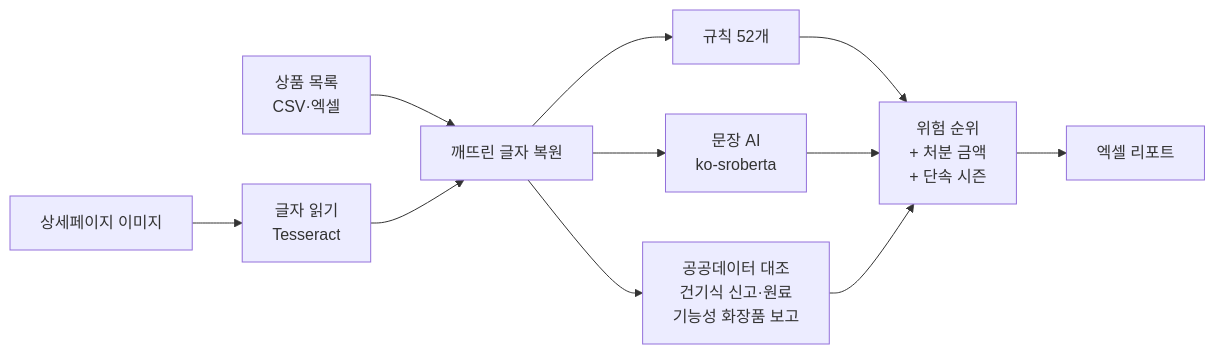
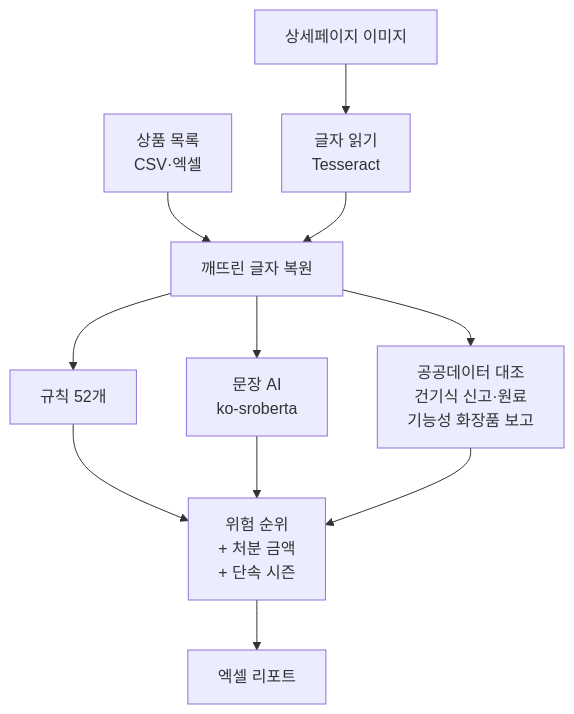
Before and after one commit to ojg1476-tech/precheck-ai: the first of 2 diagrams in README.md, drawn with Mermaid.

Commit message:
README: 동작 흐름도를 세로로 바꿔 글씨가 잘 보이게
Claude-Session: https://claude.ai/code/session_0146U5qdRW8J5b7CVd7knj7K

````diff
--- a/README.md
+++ b/README.md
@@ -153,12 +153,12 @@
 ```mermaid
-flowchart LR
+flowchart TD
     A["상품 목록<br/>CSV·엑셀"] --> C
     B["상세페이지 이미지"] --> OCR["글자 읽기<br/>Tesseract"] --> C
     C["깨뜨린 글자 복원"] --> R["규칙 52개"]
     C --> AI["문장 AI<br/>ko-sroberta"]
     C --> P["공공데이터 대조<br/>건기식 신고·원료<br/>기능성 화장품 보고"]
     R --> S["위험 순위<br/>+ 처분 금액<br/>+ 단속 시즌"]
     AI --> S
     P --> S
     S --> X["엑셀 리포트"]
 ```
````
